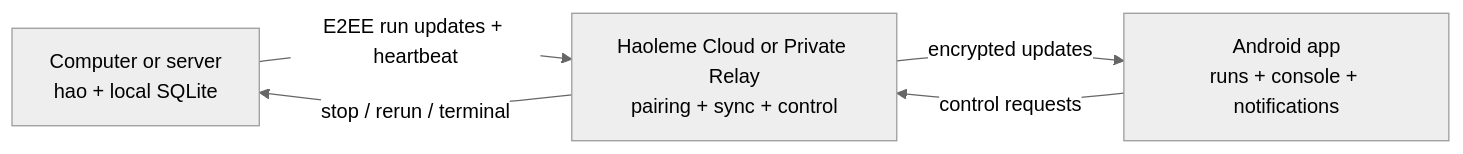
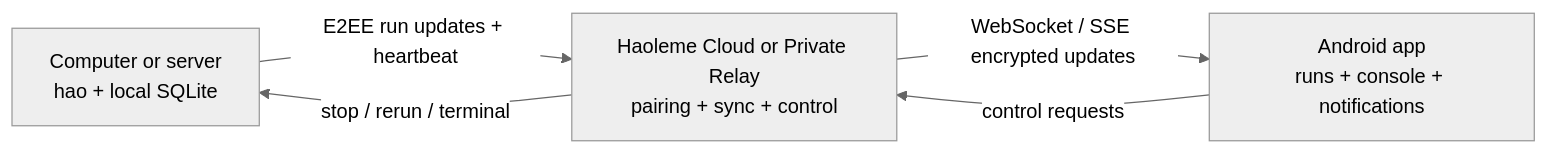
The diagram in README.md (HaolemeApp/Haoleme), drawn with Mermaid (neutral theme) before and after one commit. The commit also changed other lines of this file and 13 other files, not shown here.

````diff
--- a/README.md
+++ b/README.md
@@ -120,10 +122,10 @@
 ```mermaid
 flowchart LR
   HOST["Computer or server<br/>hao + local SQLite"]
   RELAY["Haoleme Cloud or Private Relay<br/>pairing + sync + control"]
   APP["Android app<br/>runs + console + notifications"]
   HOST -->|"E2EE run updates + heartbeat"| RELAY
-  RELAY -->|"encrypted updates"| APP
+  RELAY -->|"WebSocket / SSE encrypted updates"| APP
   APP -->|"control requests"| RELAY
   RELAY -->|"stop / rerun / terminal"| HOST
 ```
````
